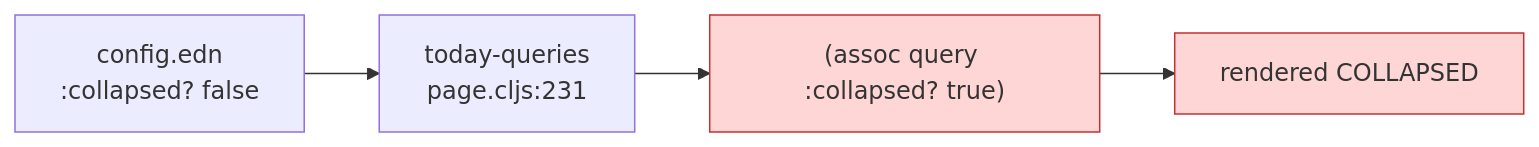
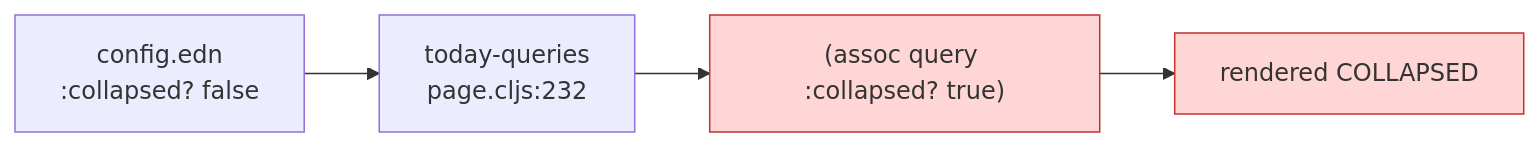
One commit to hdansou/logseq changed the fifth of 6 diagrams in dz/docs/03-features/scheduled-deadline-query/developer-guide.md. Above: the diagram before and after it, drawn with Mermaid. The commit also changed other lines of this file and 100 other files, not shown here.

````diff
--- a/dz/docs/03-features/scheduled-deadline-query/developer-guide.md
+++ b/dz/docs/03-features/scheduled-deadline-query/developer-guide.md
@@ -252,8 +252,8 @@
 ```mermaid
 flowchart LR
-    U["config.edn<br/>:collapsed? false"] --> R["today-queries<br/>page.cljs:231"]
+    U["config.edn<br/>:collapsed? false"] --> R["today-queries<br/>page.cljs:232"]
     R --> O["(assoc query :collapsed? true)"]
     O --> X["rendered COLLAPSED"]
     style O fill:#ffd6d6,stroke:#c53030
     style X fill:#ffd6d6,stroke:#c53030
 ```
````
